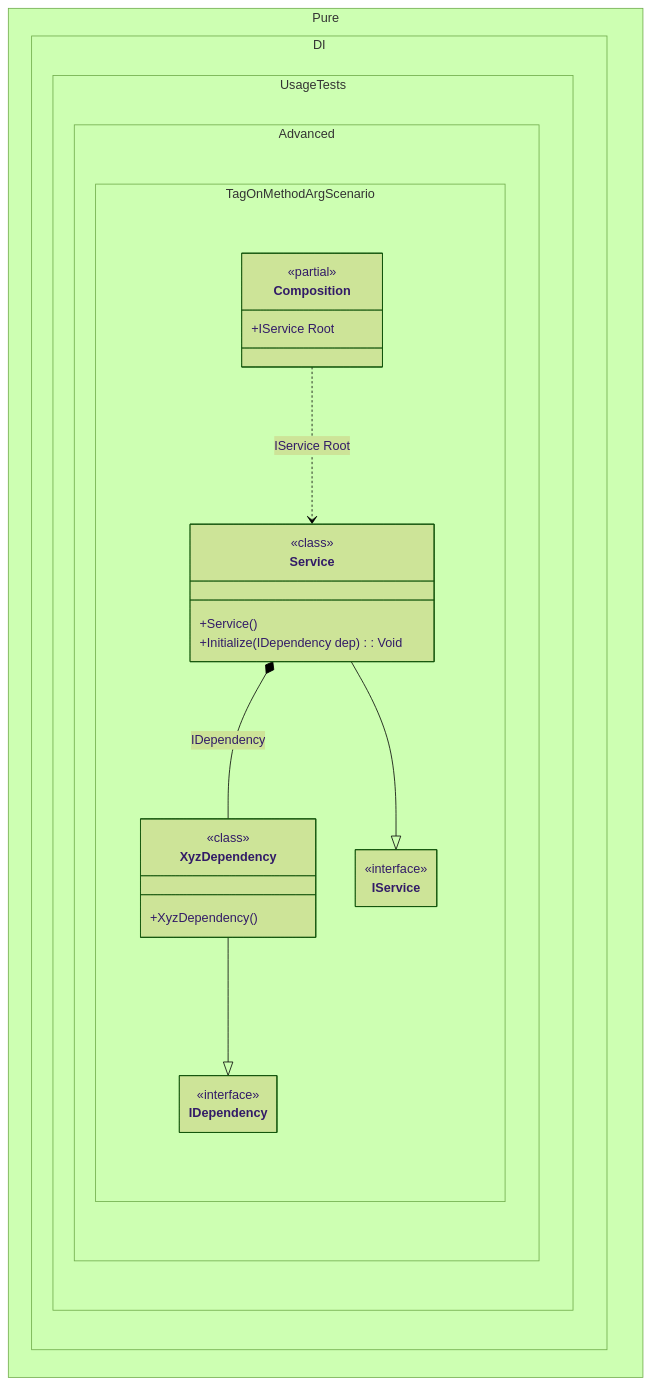
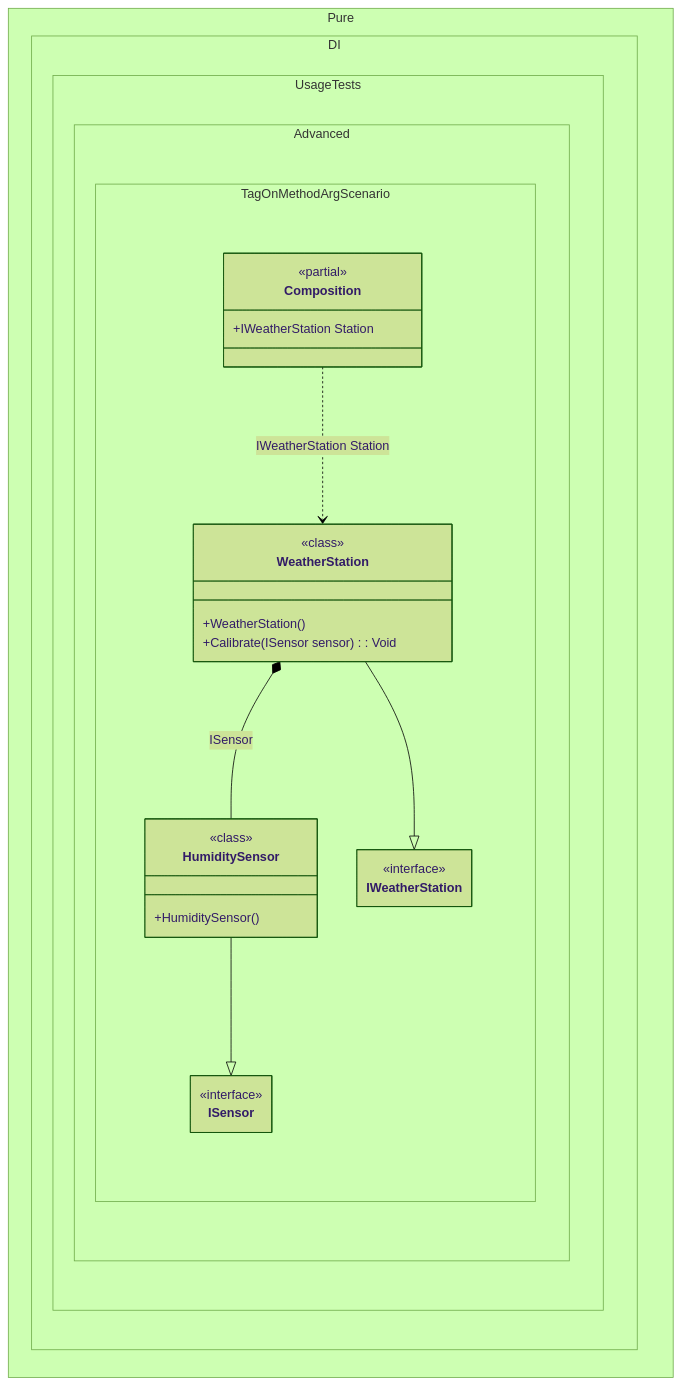
One commit to DevTeam/Pure.DI changed the diagram in readme/tag-on-a-method-argument.md. Above: the diagram before and after it, drawn with Mermaid (forest theme). The commit also changed other lines of this file and 126 other files, not shown here.

````diff
--- a/readme/tag-on-a-method-argument.md
+++ b/readme/tag-on-a-method-argument.md
@@ -103,35 +106,35 @@
 ```mermaid
 ---
  config:
   maxTextSize: 2147483647
   maxEdges: 2147483647
   class:
    hideEmptyMembersBox: true
 ---
 classDiagram
-	XyzDependency --|> IDependency
-	Service --|> IService
-	Composition ..> Service : IService Root
-	Service *--  XyzDependency : IDependency
+	HumiditySensor --|> ISensor
+	WeatherStation --|> IWeatherStation
+	Composition ..> WeatherStation : IWeatherStation Station
+	WeatherStation *--  HumiditySensor : ISensor
 	namespace Pure.DI.UsageTests.Advanced.TagOnMethodArgScenario {
 		class Composition {
 		<<partial>>
-		+IService Root
+		+IWeatherStation Station
 		}
-		class IDependency {
+		class HumiditySensor {
+				<<class>>
+			+HumiditySensor()
+		}
+		class ISensor {
 			<<interface>>
 		}
-		class IService {
+		class IWeatherStation {
 			<<interface>>
 		}
-		class Service {
+		class WeatherStation {
 				<<class>>
-			+Service()
-			+Initialize(IDependency dep) : Void
-		}
-		class XyzDependency {
-				<<class>>
-			+XyzDependency()
+			+WeatherStation()
+			+Calibrate(ISensor sensor) : Void
 		}
 	}
 ```
````
